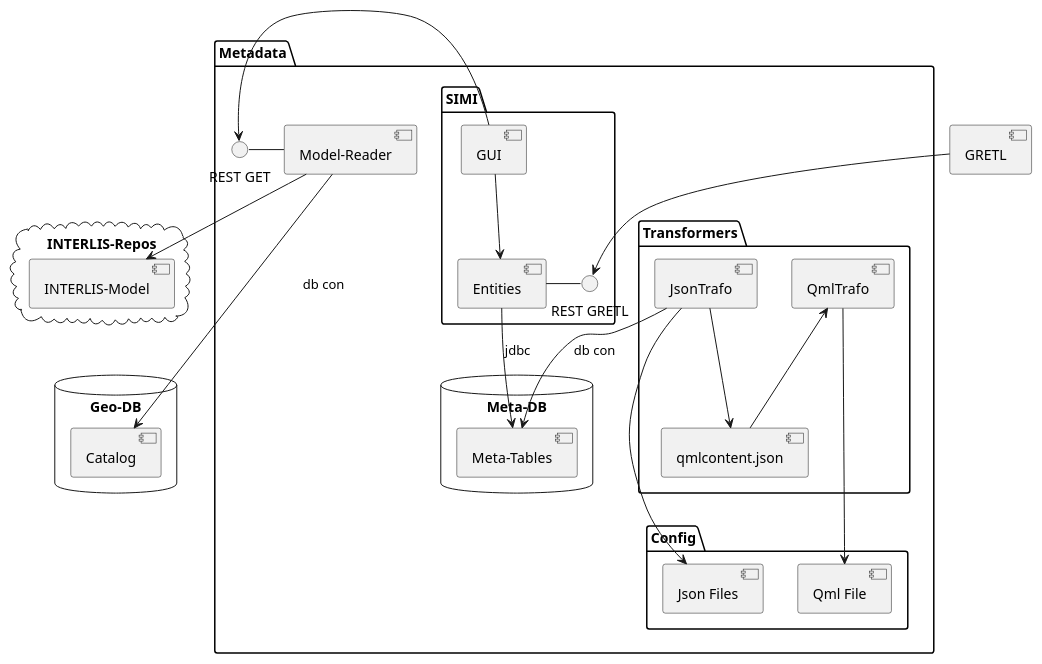
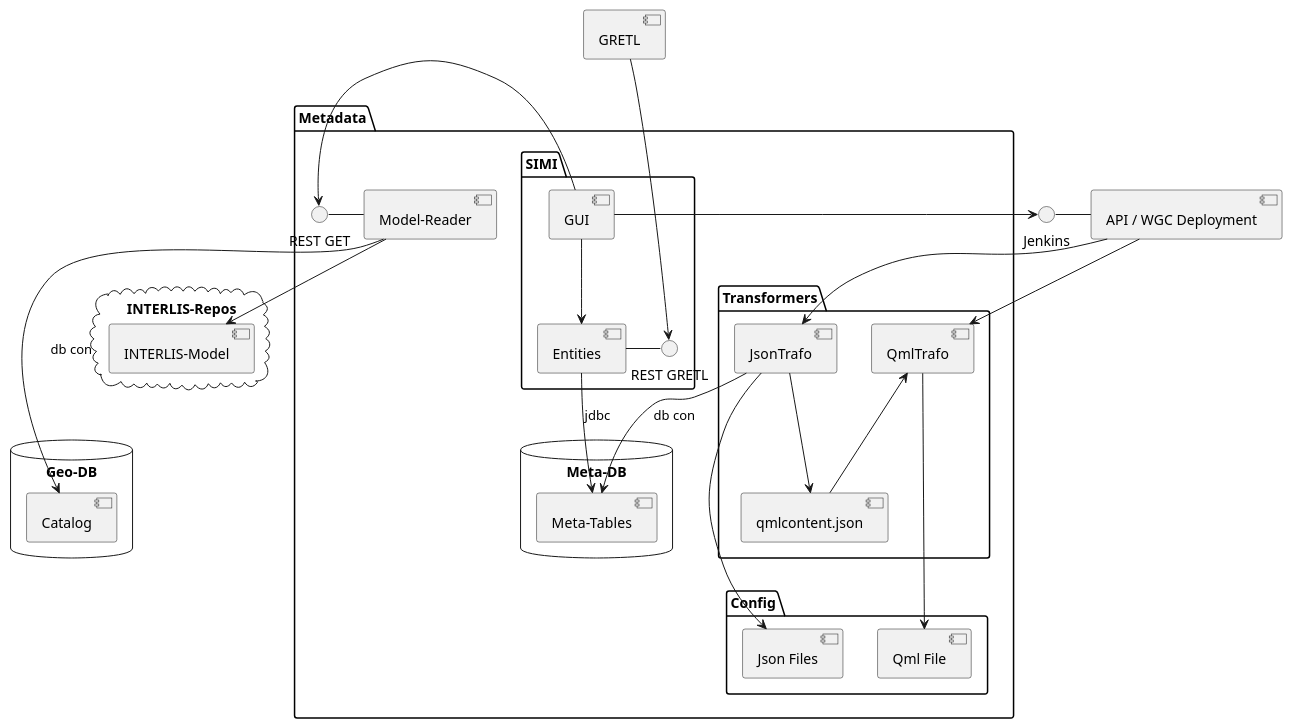
The diagram in puml/src/components.puml (ojeker/simi), drawn with PlantUML before and after one commit. The commit also changed 3 other files, not shown here.

```diff
--- a/puml/src/components.puml
+++ b/puml/src/components.puml
@@ -1,61 +1,71 @@
 @startuml
-
 package "Metadata" {
     package "Transformers" {
         [JsonTrafo] as jt
         [QmlTrafo] as qt
         [qmlcontent.json] as qj
 
         jt --> qj
         qj -up-> qt
     }
 
     package "Config" {
         [Json Files] as json
         [Qml File] as qml
     }
 
     package "SIMI" {
         [GUI] as gui
         [Entities] as class
         () "REST GRETL" as gi
 
         gui --> class
         gi - class
     }
 
     database "Meta-DB" {
         [Meta-Tables] as mdb
     }
 
     together {
       [Model-Reader] as mr
       () "REST GET" as mri
       mr - mri
     }
     gui -left-> mri
 
     class --> mdb : jdbc
     jt --> mdb : db con
 
     jt --> json
     qt --> qml
 }
 
 
 cloud "INTERLIS-Repos" {
     [INTERLIS-Model] as model
 }
 mr --> model
 
 database "Geo-DB" {
     [Catalog] as cat
 }
 mr --> cat : db con
 
+together {
+  [API / WGC Deployment] as pipe
+  () "Jenkins" as pi
+  pi - pipe
+}
+
+gui --> pi
+pipe --> jt
+pipe --> qt
+
 [GRETL] as gretl
 gretl --> gi
 
+gretl -[hidden]-> gui
 qj -[hidden]-> json
 model -[hidden]-> cat
 @enduml
```
